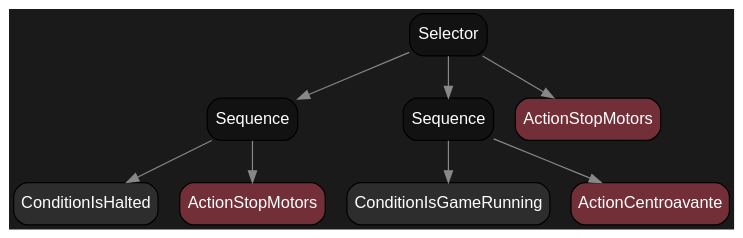
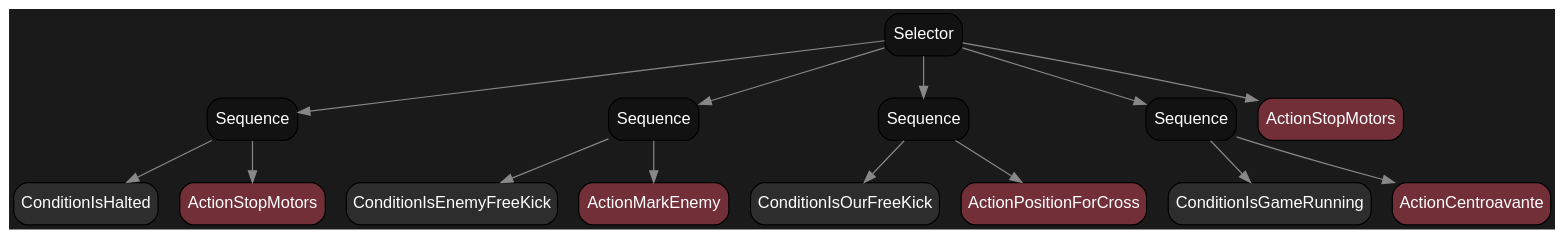
Before and after one commit to Danielgmichels/labind-ssl-ai: the diagram in diagramas/mapa_arvore_centroavante.dot, drawn with Graphviz. The commit also changed 24 other files, not shown here.

```diff
--- a/diagramas/mapa_arvore_centroavante.dot
+++ b/diagramas/mapa_arvore_centroavante.dot
@@ -1,19 +1,31 @@
 digraph BehaviorTree {
     bgcolor="#1a1a1a";
     node [shape=box, style="filled,rounded", fontname="Arial", color="#000000", penwidth=1];
-    "140578072906144" [label="Selector", fillcolor="#121212", fontcolor="white"];
-    "140578072906144" -> "140578072905808" [color="#888888"];
-    "140578072905808" [label="Sequence", fillcolor="#121212", fontcolor="white"];
-    "140578072905808" -> "140578072905712" [color="#888888"];
-    "140578072905712" [label="ConditionIsHalted", fillcolor="#2d2d2d", fontcolor="white"];
-    "140578072905808" -> "140578072905760" [color="#888888"];
-    "140578072905760" [label="ActionStopMotors", fillcolor="#722F37", fontcolor="white"];
-    "140578072906144" -> "140578072906000" [color="#888888"];
-    "140578072906000" [label="Sequence", fillcolor="#121212", fontcolor="white"];
-    "140578072906000" -> "140578072905904" [color="#888888"];
-    "140578072905904" [label="ConditionIsGameRunning", fillcolor="#2d2d2d", fontcolor="white"];
-    "140578072906000" -> "140578072905952" [color="#888888"];
-    "140578072905952" [label="ActionCentroavante", fillcolor="#722F37", fontcolor="white"];
-    "140578072906144" -> "140578072906096" [color="#888888"];
-    "140578072906096" [label="ActionStopMotors", fillcolor="#722F37", fontcolor="white"];
+    "139761341379152" [label="Selector", fillcolor="#121212", fontcolor="white"];
+    "139761341379152" -> "139761341378288" [color="#888888"];
+    "139761341378288" [label="Sequence", fillcolor="#121212", fontcolor="white"];
+    "139761341378288" -> "139761341378192" [color="#888888"];
+    "139761341378192" [label="ConditionIsHalted", fillcolor="#2d2d2d", fontcolor="white"];
+    "139761341378288" -> "139761341378240" [color="#888888"];
+    "139761341378240" [label="ActionStopMotors", fillcolor="#722F37", fontcolor="white"];
+    "139761341379152" -> "139761341378528" [color="#888888"];
+    "139761341378528" [label="Sequence", fillcolor="#121212", fontcolor="white"];
+    "139761341378528" -> "139761341378384" [color="#888888"];
+    "139761341378384" [label="ConditionIsEnemyFreeKick", fillcolor="#2d2d2d", fontcolor="white"];
+    "139761341378528" -> "139761341378432" [color="#888888"];
+    "139761341378432" [label="ActionMarkEnemy", fillcolor="#722F37", fontcolor="white"];
+    "139761341379152" -> "139761341378768" [color="#888888"];
+    "139761341378768" [label="Sequence", fillcolor="#121212", fontcolor="white"];
+    "139761341378768" -> "139761341378624" [color="#888888"];
+    "139761341378624" [label="ConditionIsOurFreeKick", fillcolor="#2d2d2d", fontcolor="white"];
+    "139761341378768" -> "139761341378672" [color="#888888"];
+    "139761341378672" [label="ActionPositionForCross", fillcolor="#722F37", fontcolor="white"];
+    "139761341379152" -> "139761341378960" [color="#888888"];
+    "139761341378960" [label="Sequence", fillcolor="#121212", fontcolor="white"];
+    "139761341378960" -> "139761341378864" [color="#888888"];
+    "139761341378864" [label="ConditionIsGameRunning", fillcolor="#2d2d2d", fontcolor="white"];
+    "139761341378960" -> "139761341378912" [color="#888888"];
+    "139761341378912" [label="ActionCentroavante", fillcolor="#722F37", fontcolor="white"];
+    "139761341379152" -> "139761341379056" [color="#888888"];
+    "139761341379056" [label="ActionStopMotors", fillcolor="#722F37", fontcolor="white"];
 }
```
